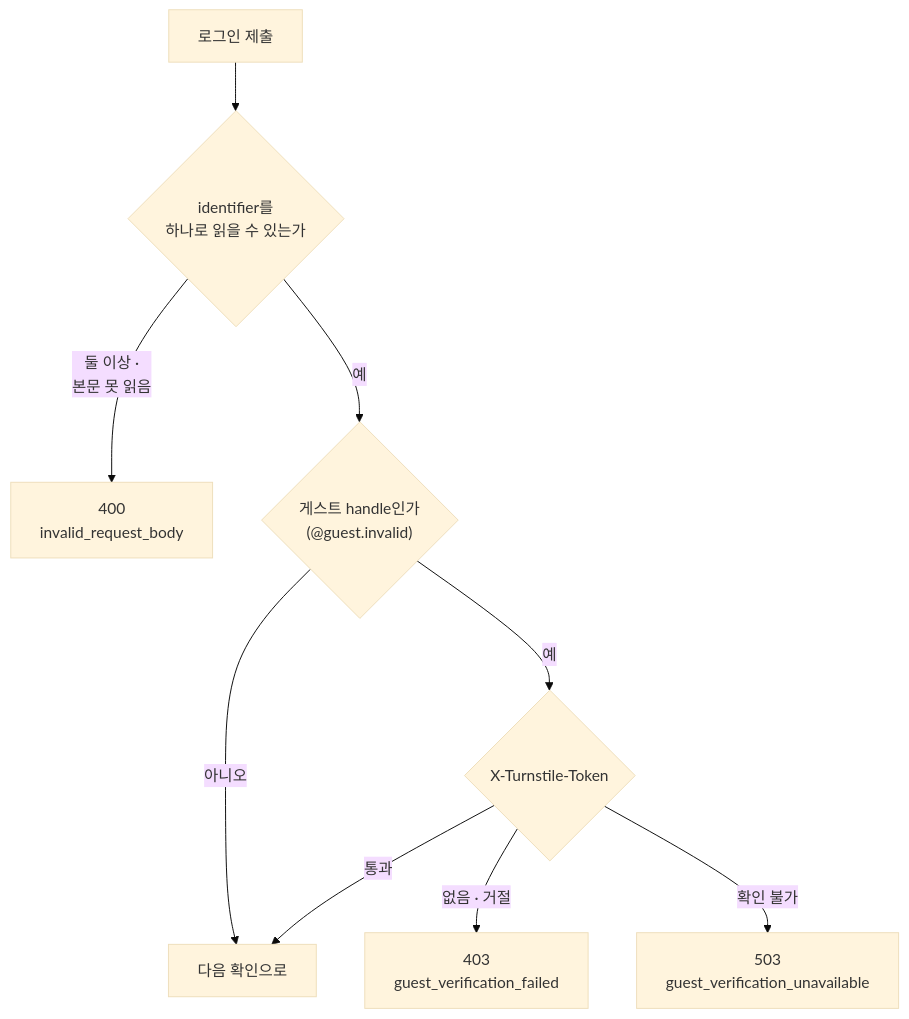
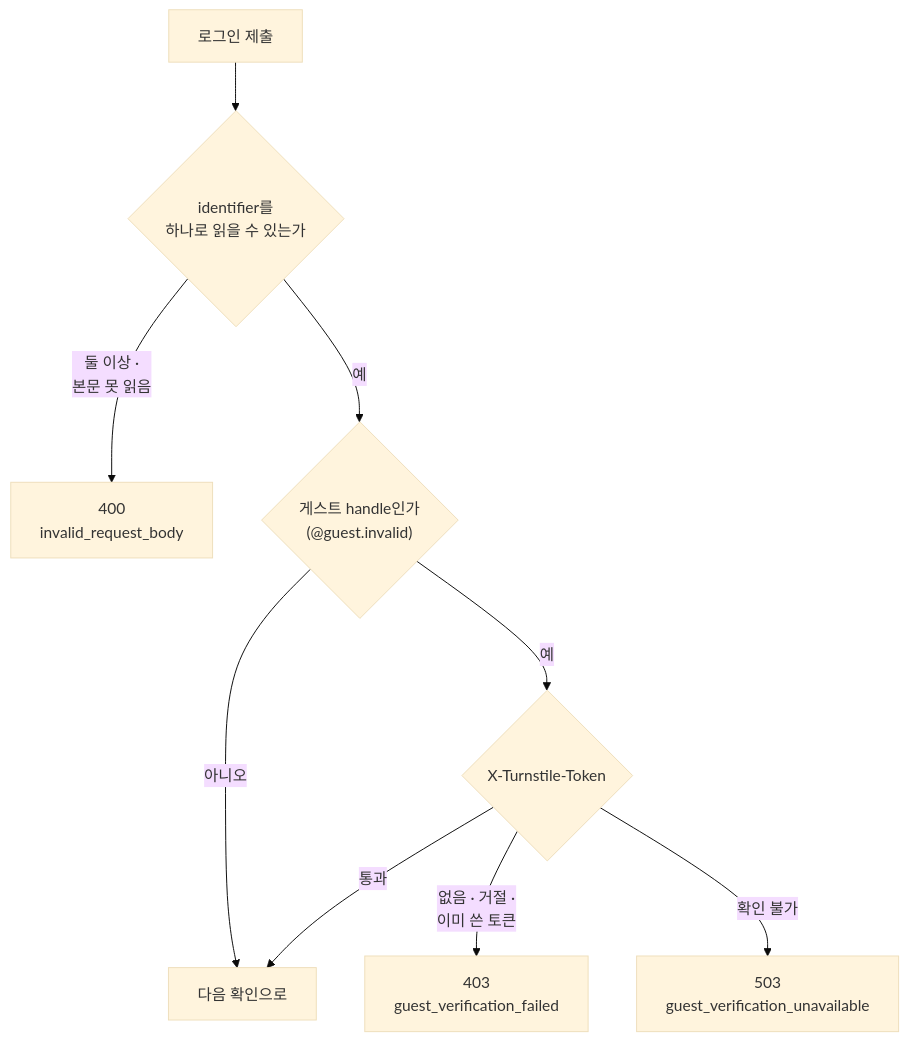
Before and after one commit to onprem-hipster-timer/backend: the second of 3 diagrams in docs/guides/auth-proxy.ko.md, drawn with Mermaid (base theme). The commit also changed other lines of this file and 13 other files, not shown here.

````diff
--- a/docs/guides/auth-proxy.ko.md
+++ b/docs/guides/auth-proxy.ko.md
@@ -53,11 +53,11 @@
 ```mermaid
 flowchart TD
     L["로그인 제출"] --> I{"identifier를<br/>하나로 읽을 수 있는가"}
     I -->|"둘 이상 ·<br/>본문 못 읽음"| R400["400<br/>invalid_request_body"]
     I -->|"예"| H{"게스트 handle인가<br/>(@guest.invalid)"}
     H -->|"아니오"| FWD["다음 확인으로"]
     H -->|"예"| T{"X-Turnstile-Token"}
-    T -->|"없음 · 거절"| R403["403<br/>guest_verification_failed"]
+    T -->|"없음 · 거절 ·<br/>이미 쓴 토큰"| R403["403<br/>guest_verification_failed"]
     T -->|"확인 불가"| R503["503<br/>guest_verification_unavailable"]
     T -->|"통과"| FWD
 ```
````
